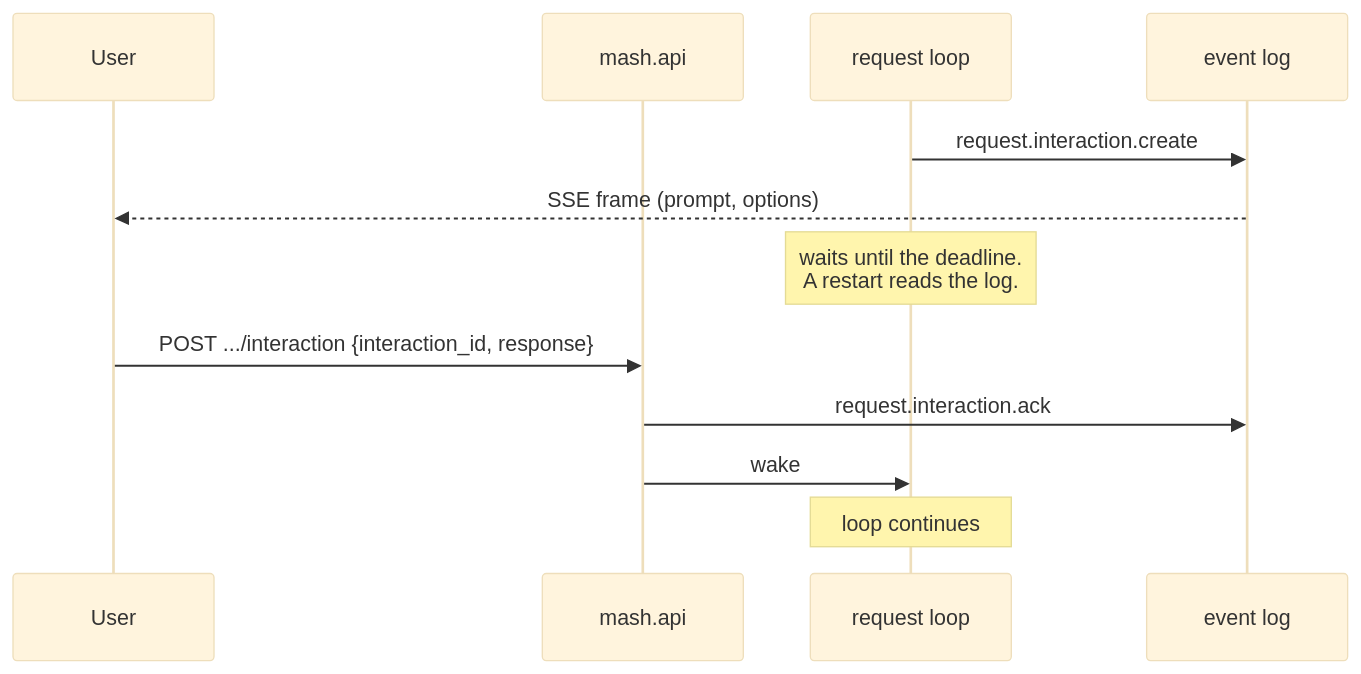
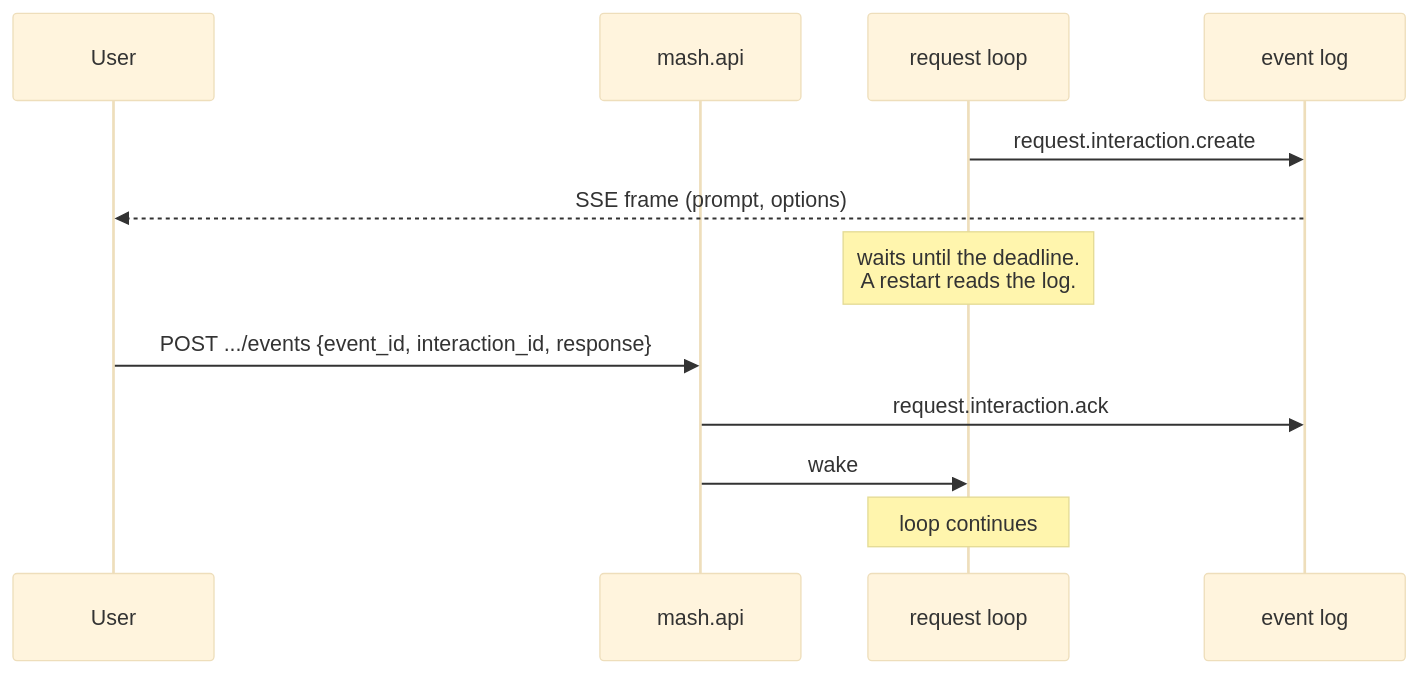
Before and after one commit to imsid/mashpy: the diagram in docs/posts/human-in-the-loop.md, drawn with Mermaid (base theme). The commit also changed other lines of this file and 271 other files, not shown here.

````diff
--- a/docs/posts/human-in-the-loop.md
+++ b/docs/posts/human-in-the-loop.md
@@ -126,15 +126,15 @@
 ```mermaid
 sequenceDiagram
     participant User
     participant API as mash.api
     participant WF as request loop
     participant Log as event log
 
     WF->>Log: request.interaction.create
     Log-->>User: SSE frame (prompt, options)
     Note over WF: waits until the deadline.<br/>A restart reads the log.
-    User->>API: POST .../interaction {interaction_id, response}
+    User->>API: POST .../events {event_id, interaction_id, response}
     API->>Log: request.interaction.ack
     API->>WF: wake
     Note over WF: loop continues
 ```
````
